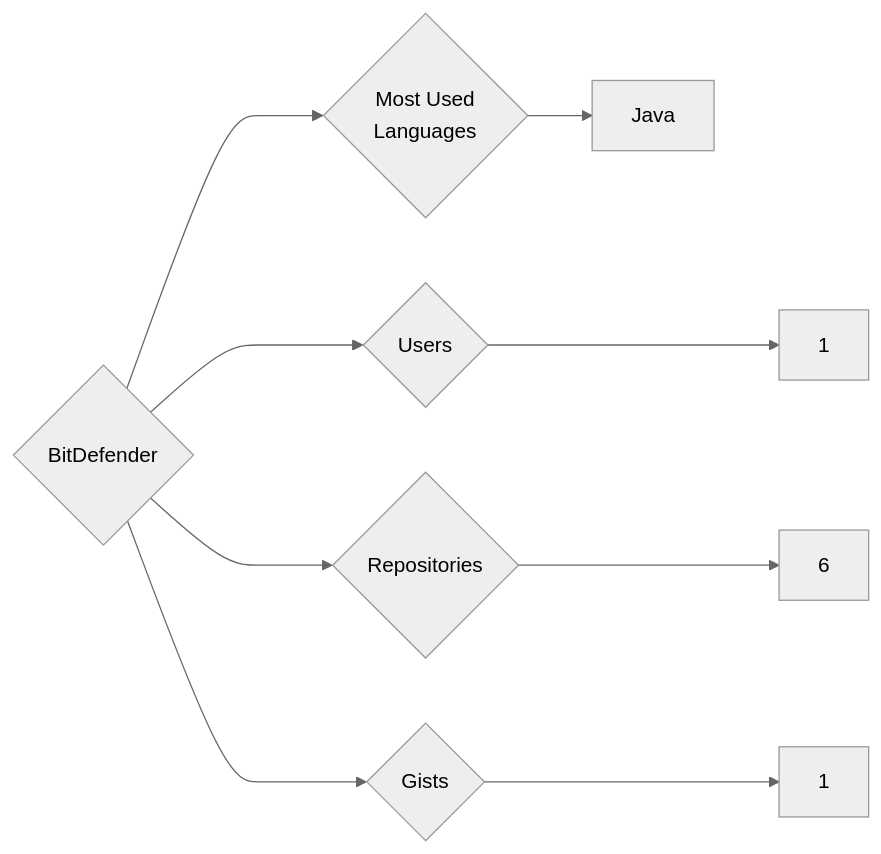
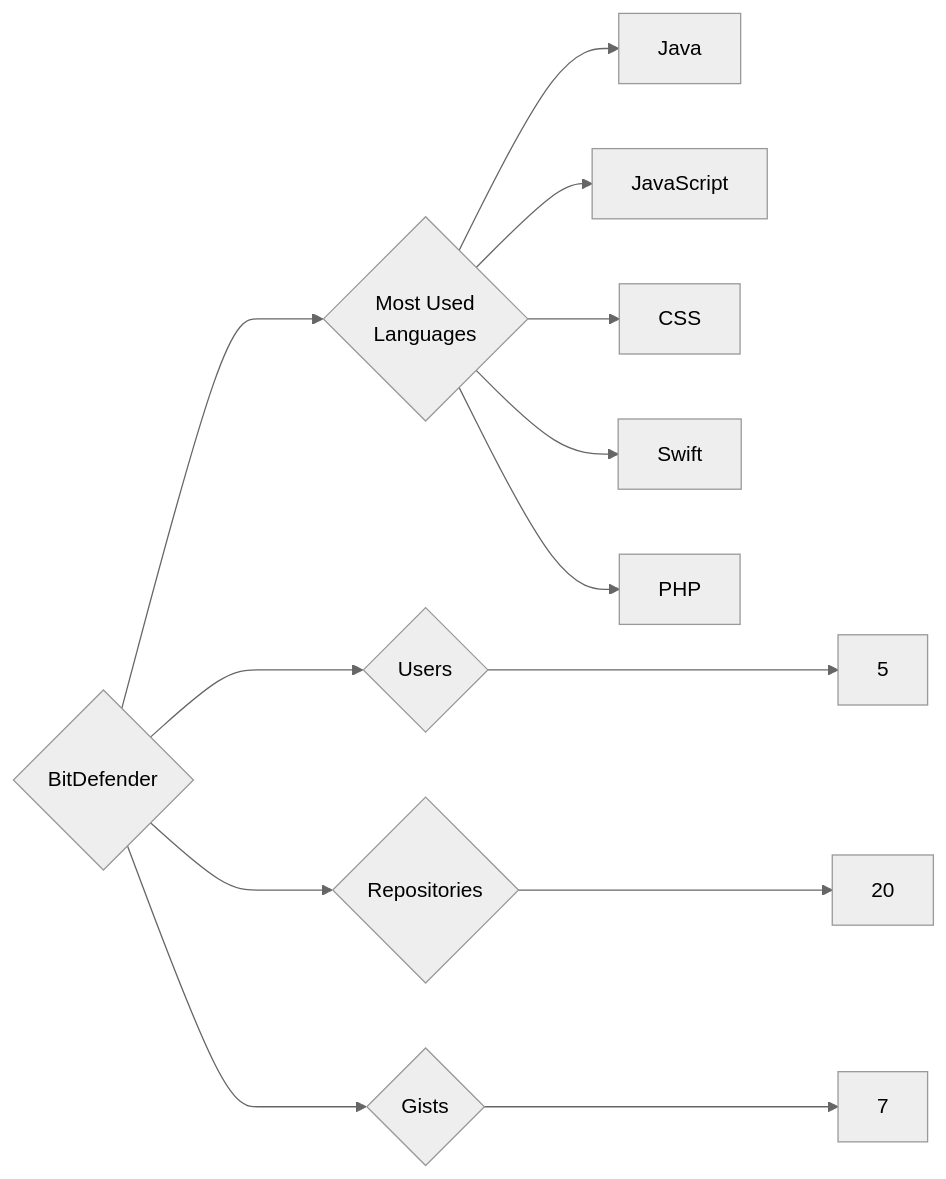
The diagram in targets/BitDefender/README.md (trickest/insiders), drawn with Mermaid (neutral theme) before and after one commit. The commit also changed 1088 other files, not shown here.

````diff
--- a/targets/BitDefender/README.md
+++ b/targets/BitDefender/README.md
@@ -3,9 +3,13 @@
 ```mermaid
 graph LR
 COMPANY_NAME{BitDefender}
-COMPANY_NAME ---> U{Users} ---> UN[1]
-COMPANY_NAME ---> R{Repositories} ---> RN[6]
-COMPANY_NAME ---> G{Gists} ---> GN[1]
+COMPANY_NAME ---> U{Users} ---> UN[5]
+COMPANY_NAME ---> R{Repositories} ---> RN[20]
+COMPANY_NAME ---> G{Gists} ---> GN[7]
 COMPANY_NAME ---> ML{Most Used<br>Languages}
 ML --> Java[Java]
+ML --> JavaScript[JavaScript]
+ML --> CSS[CSS]
+ML --> Swift[Swift]
+ML --> PHP[PHP]
 ```
````
